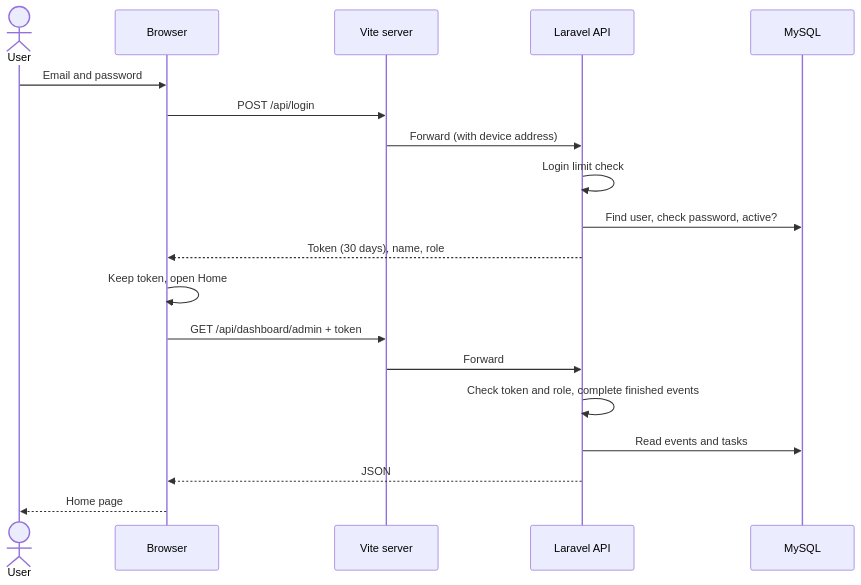
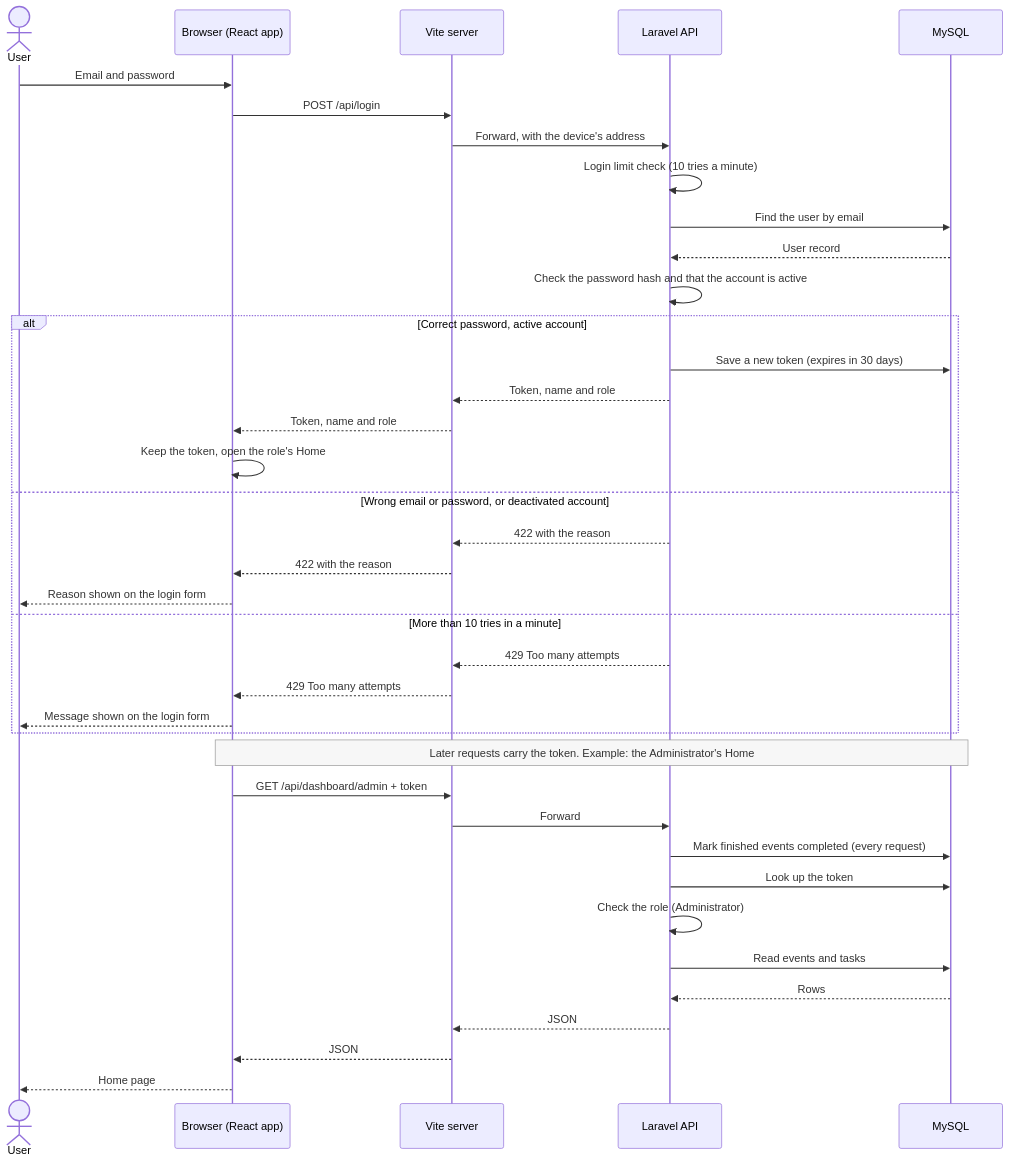
The sixth of 6 diagrams in docs/paper/CAPSTONE_PAPER_REFERENCE.md (XyroneKyleYlanan/EMO-Tracker), drawn with Mermaid before and after one commit. The commit also changed other lines of this file and 54 other files, not shown here.

Commit message:
Review Chapter 3 diagrams and appendix screenshots: redraw diagrams, retake screenshots in role folders, add descriptions

````diff
--- a/docs/paper/CAPSTONE_PAPER_REFERENCE.md
+++ b/docs/paper/CAPSTONE_PAPER_REFERENCE.md
@@ -763,21 +770,47 @@
 ```mermaid
+---
+config:
+  themeVariables:
+    noteBkgColor: "#f7f7f7"
+    noteTextColor: "#333333"
+    noteBorderColor: "#999999"
+---
 sequenceDiagram
     actor U as User
-    participant B as Browser
+    participant B as Browser (React app)
     participant V as Vite server
     participant L as Laravel API
     participant D as MySQL
     U->>B: Email and password
     B->>V: POST /api/login
-    V->>L: Forward (with device address)
-    L->>L: Login limit check
-    L->>D: Find user, check password, active?
-    L-->>B: Token (30 days), name, role
-    B->>B: Keep token, open Home
+    V->>L: Forward, with the device's address
+    L->>L: Login limit check (10 tries a minute)
+    L->>D: Find the user by email
+    D-->>L: User record
+    L->>L: Check the password hash and that the account is active
+    alt Correct password, active account
+        L->>D: Save a new token (expires in 30 days)
+        L-->>V: Token, name and role
+        V-->>B: Token, name and role
+        B->>B: Keep the token, open the role's Home
+    else Wrong email or password, or deactivated account
+        L-->>V: 422 with the reason
+        V-->>B: 422 with the reason
+        B-->>U: Reason shown on the login form
+    else More than 10 tries in a minute
+        L-->>V: 429 Too many attempts
+        V-->>B: 429 Too many attempts
+        B-->>U: Message shown on the login form
+    end
+    Note over B,D: Later requests carry the token. Example: the Administrator's Home
     B->>V: GET /api/dashboard/admin + token
     V->>L: Forward
-    L->>L: Check token and role, complete finished events
+    L->>D: Mark finished events completed (every request)
+    L->>D: Look up the token
+    L->>L: Check the role (Administrator)
     L->>D: Read events and tasks
-    L-->>B: JSON
+    D-->>L: Rows
+    L-->>V: JSON
+    V-->>B: JSON
     B-->>U: Home page
 ```
````
